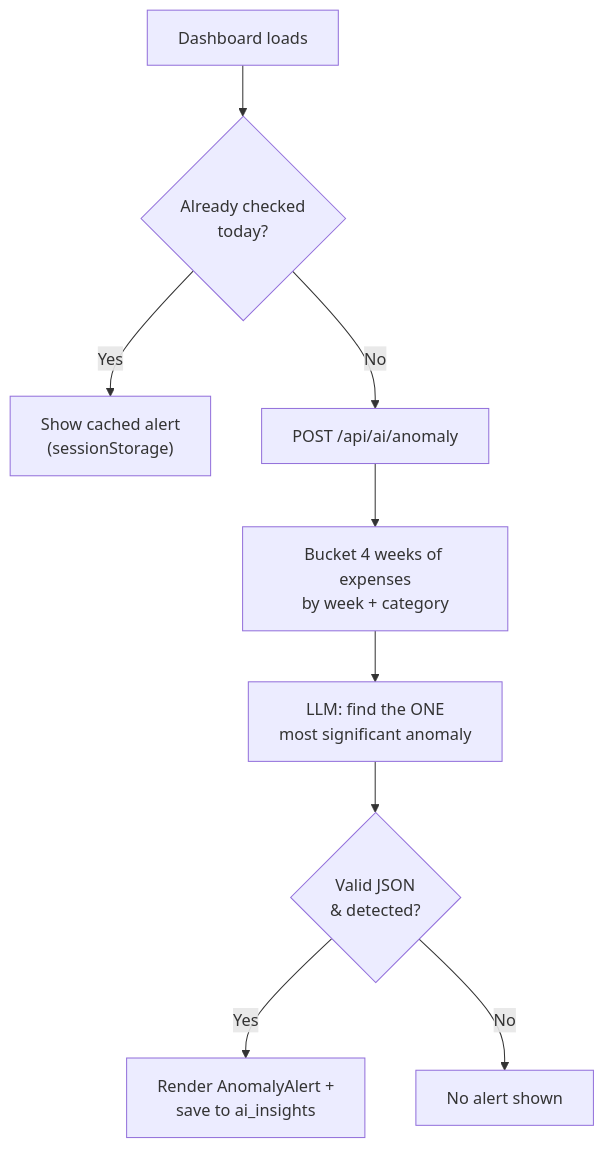
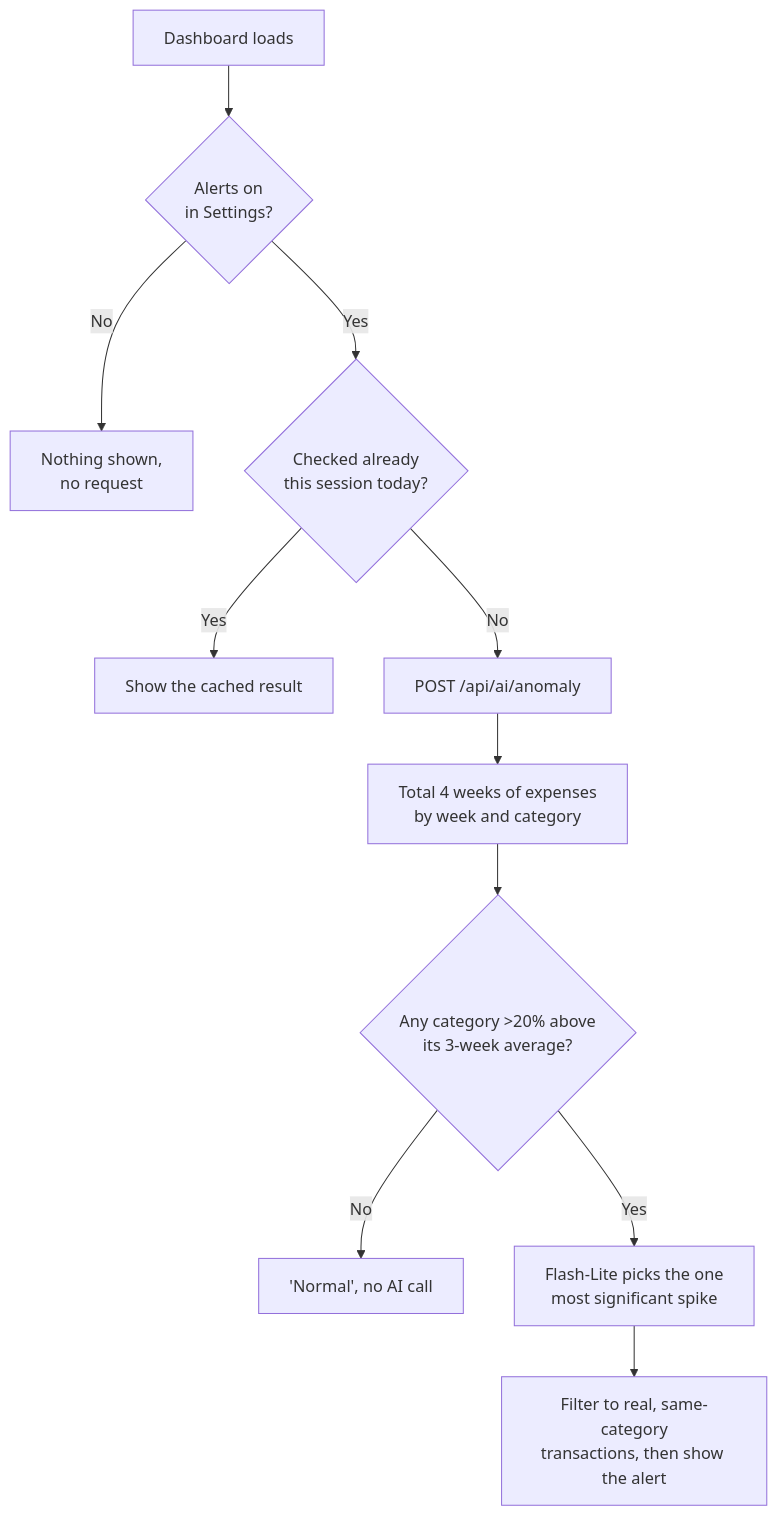
One commit to filan214/AIFinanceTracker changed the third of 4 diagrams in README.md. Above: the diagram before and after it, drawn with Mermaid. The commit also changed other lines of this file, not shown here.

````diff
--- a/README.md
+++ b/README.md
@@ -103,11 +140,13 @@
 ```mermaid
 flowchart TD
-    A["Dashboard loads"] --> B{"Already checked<br/>today?"}
-    B -->|Yes| C["Show cached alert<br/>(sessionStorage)"]
+    A["Dashboard loads"] --> S{"Alerts on<br/>in Settings?"}
+    S -->|No| N["Nothing shown,<br/>no request"]
+    S -->|Yes| B{"Checked already<br/>this session today?"}
+    B -->|Yes| C["Show the cached result"]
     B -->|No| D["POST /api/ai/anomaly"]
-    D --> E["Bucket 4 weeks of expenses<br/>by week + category"]
-    E --> F["LLM: find the ONE<br/>most significant anomaly"]
-    F --> G{"Valid JSON<br/>& detected?"}
-    G -->|Yes| H["Render AnomalyAlert +<br/>save to ai_insights"]
-    G -->|No| I["No alert shown"]
+    D --> E["Total 4 weeks of expenses<br/>by week and category"]
+    E --> G{"Any category >20% above<br/>its 3-week average?"}
+    G -->|No| N2["'Normal', no AI call"]
+    G -->|Yes| F["Flash-Lite picks the one<br/>most significant spike"]
+    F --> H["Filter to real, same-category<br/>transactions, then show the alert"]
 ```
````
